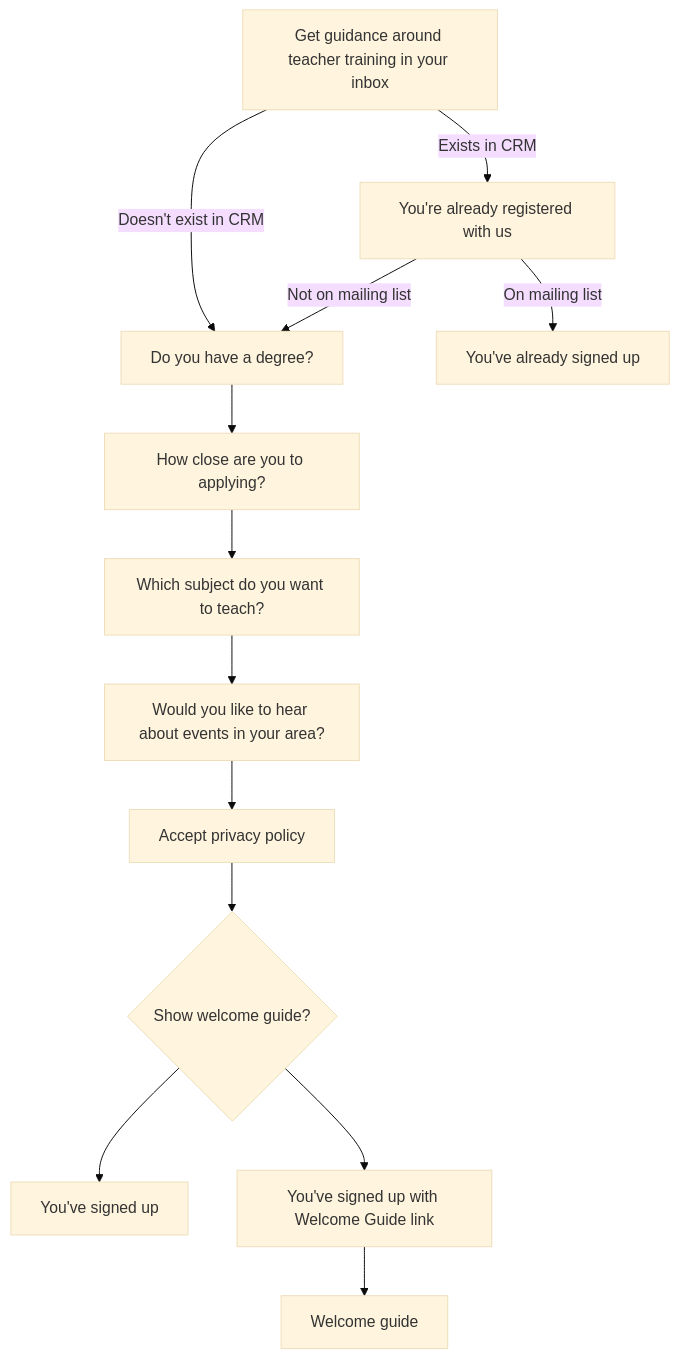
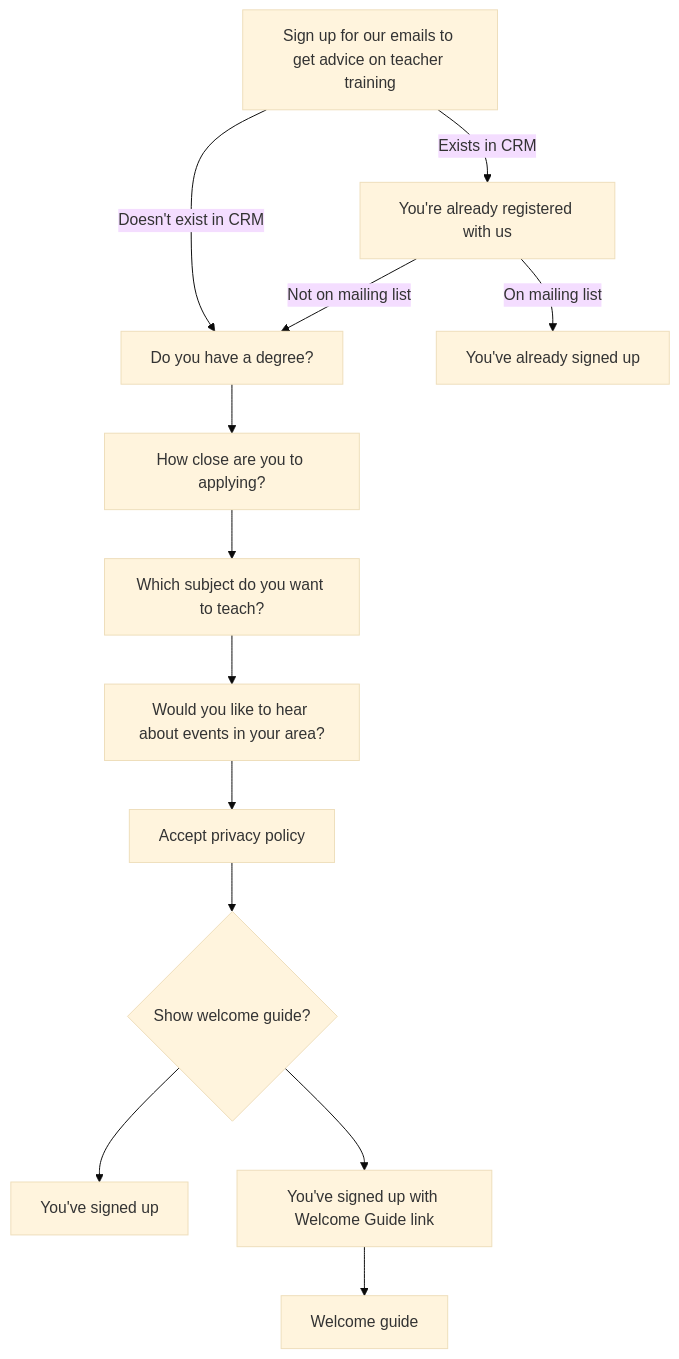
The diagram in docs/mailing-list-flow.md (DFE-Digital/get-into-teaching-app), drawn with Mermaid (base theme) before and after one commit. The commit also changed 2 other files, not shown here.

Commit message:
changing h1 to incorporate mailing list service proposition

````diff
--- a/docs/mailing-list-flow.md
+++ b/docs/mailing-list-flow.md
@@ -3,21 +3,21 @@
 ```mermaid
 graph TD;
-  name_and_email[Get guidance around teacher training in your inbox] -- Doesn't exist in CRM --> degree[Do you have a degree?]
+  name_and_email[Sign up for our emails to get advice on teacher training] -- Doesn't exist in CRM --> degree[Do you have a degree?]
   name_and_email -- Exists in CRM --> already_registered[You're already registered with us]
   
   already_registered -- Not on mailing list --> degree
   already_registered -- On mailing list --> signed_up_already[You've already signed up]
   degree --> journey_stage[How close are you to applying?]
   
   journey_stage --> subject[Which subject do you want to teach?]
   subject --> events[Would you like to hear about events in your area?]
   
   events --> privacy_policy[Accept privacy policy]
   
   privacy_policy --> show_welcome_guide{Show welcome guide?}
   
   show_welcome_guide --> signed_up_no_wg[You've signed up]  
   show_welcome_guide --> signed_up_wg[You've signed up with Welcome Guide link]  
   
   signed_up_wg --> welcome_guide[Welcome guide]
 ```
````
